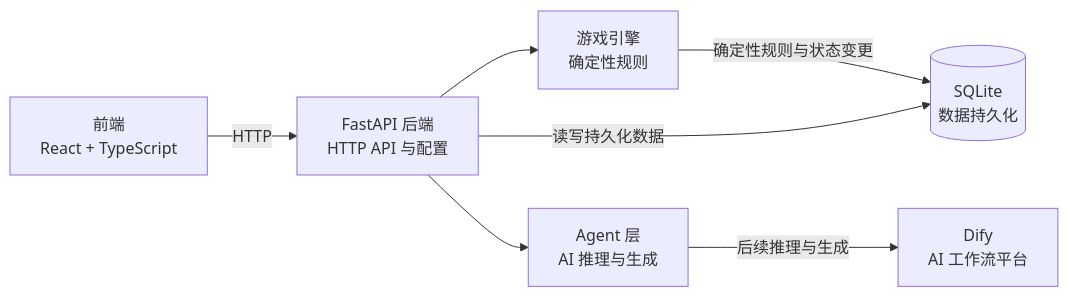
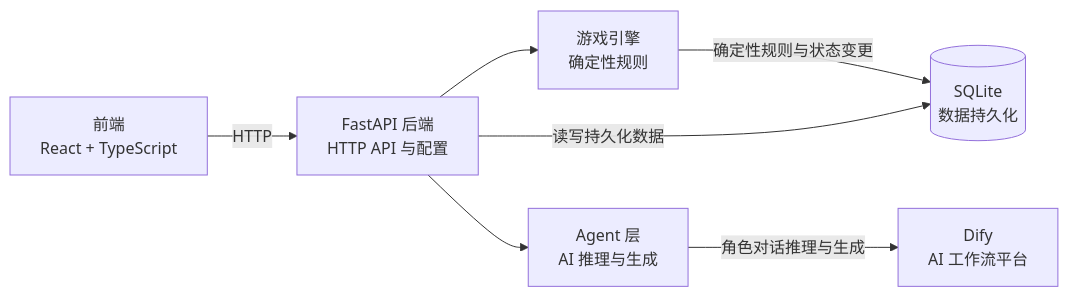
One commit to leerenxunlll/ollama-project changed the first of 5 diagrams in dify-project/docs/architecture.md. Above: the diagram before and after it, drawn with Mermaid. The commit also changed other lines of this file and 19 other files, not shown here.

````diff
--- a/dify-project/docs/architecture.md
+++ b/dify-project/docs/architecture.md
@@ -5,16 +5,16 @@
 ```mermaid
 flowchart LR
     Frontend[前端<br/>React + TypeScript]
     Backend[FastAPI 后端<br/>HTTP API 与配置]
     Engine[游戏引擎<br/>确定性规则]
     Agents[Agent 层<br/>AI 推理与生成]
     Dify[Dify<br/>AI 工作流平台]
     Database[(SQLite<br/>数据持久化)]
 
     Frontend -->|HTTP| Backend
     Backend --> Engine
     Backend --> Agents
     Engine -->|确定性规则与状态变更| Database
     Backend -->|读写持久化数据| Database
-    Agents -->|后续推理与生成| Dify
+    Agents -->|角色对话推理与生成| Dify
 ```
````
